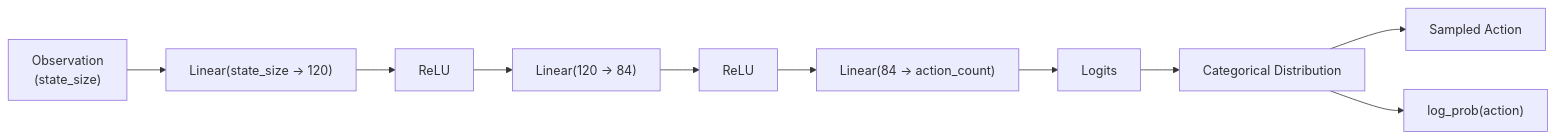
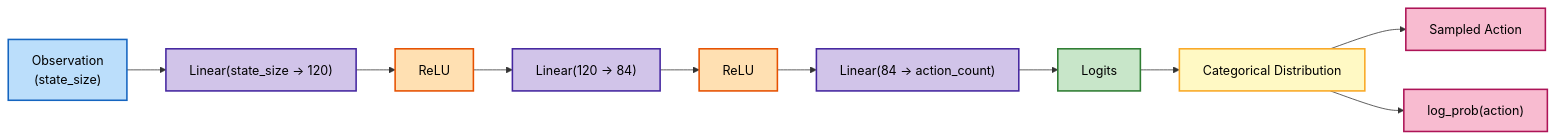
The first of 3 diagrams in rl_code/docker/04_reinforce/README.md (Open-Source-Robotics-For-Myanmar/rl), drawn with Mermaid before and after one commit. The commit also changed other lines of this file and 1 other file, not shown here.

````diff
--- a/rl_code/docker/04_reinforce/README.md
+++ b/rl_code/docker/04_reinforce/README.md
@@ -5,12 +5,26 @@
 ```mermaid
 flowchart LR
     A["Observation<br/>(state_size)"] --> B["Linear(state_size → 120)"]
     B --> C["ReLU"]
     C --> D["Linear(120 → 84)"]
     D --> E["ReLU"]
     E --> F["Linear(84 → action_count)"]
     F --> G["Logits"]
     G --> H["Categorical Distribution"]
     H --> I["Sampled Action"]
     H --> J["log_prob(action)"]
+
+    classDef inputStyle fill:#bbdefb,stroke:#1565c0,stroke-width:2px,color:#000
+    classDef layerStyle fill:#d1c4e9,stroke:#4527a0,stroke-width:2px,color:#000
+    classDef actStyle fill:#ffe0b2,stroke:#e65100,stroke-width:2px,color:#000
+    classDef outStyle fill:#c8e6c9,stroke:#2e7d32,stroke-width:2px,color:#000
+    classDef distStyle fill:#fff9c4,stroke:#f9a825,stroke-width:2px,color:#000
+    classDef actionStyle fill:#f8bbd0,stroke:#ad1457,stroke-width:2px,color:#000
+
+    class A inputStyle
+    class B,D,F layerStyle
+    class C,E actStyle
+    class G outStyle
+    class H distStyle
+    class I,J actionStyle
 ```
````
